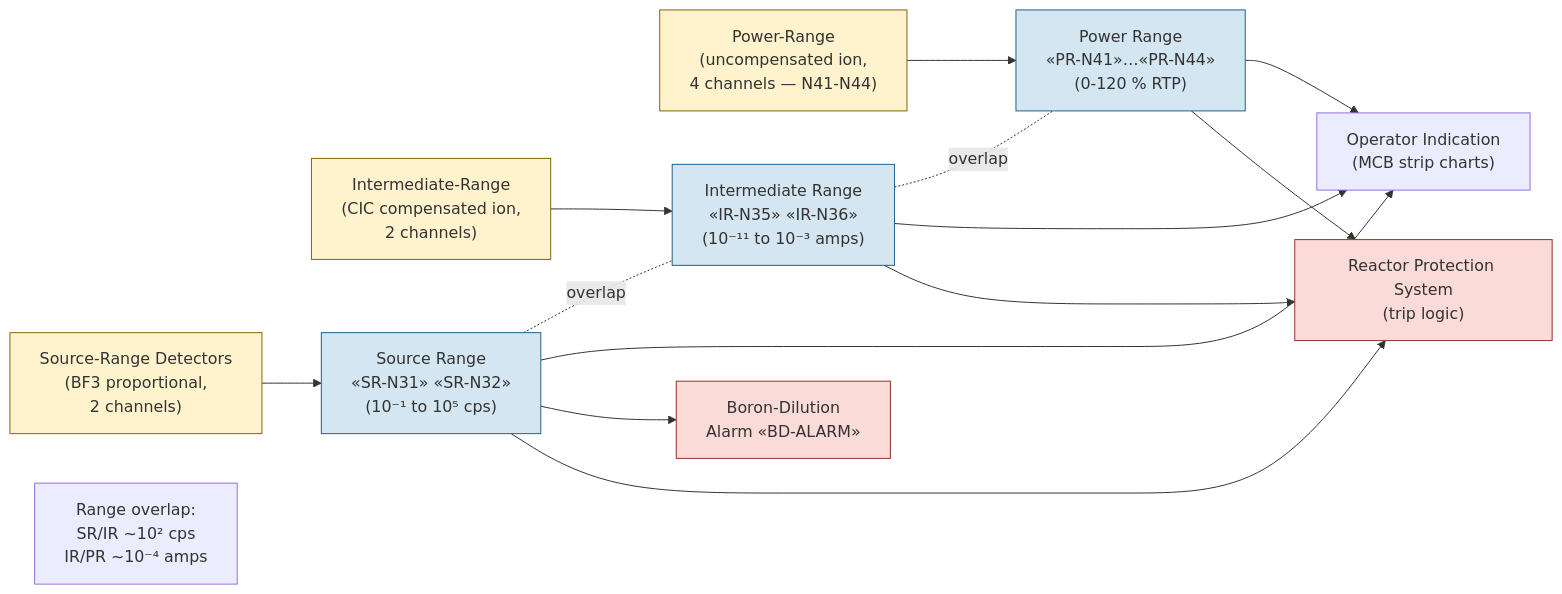
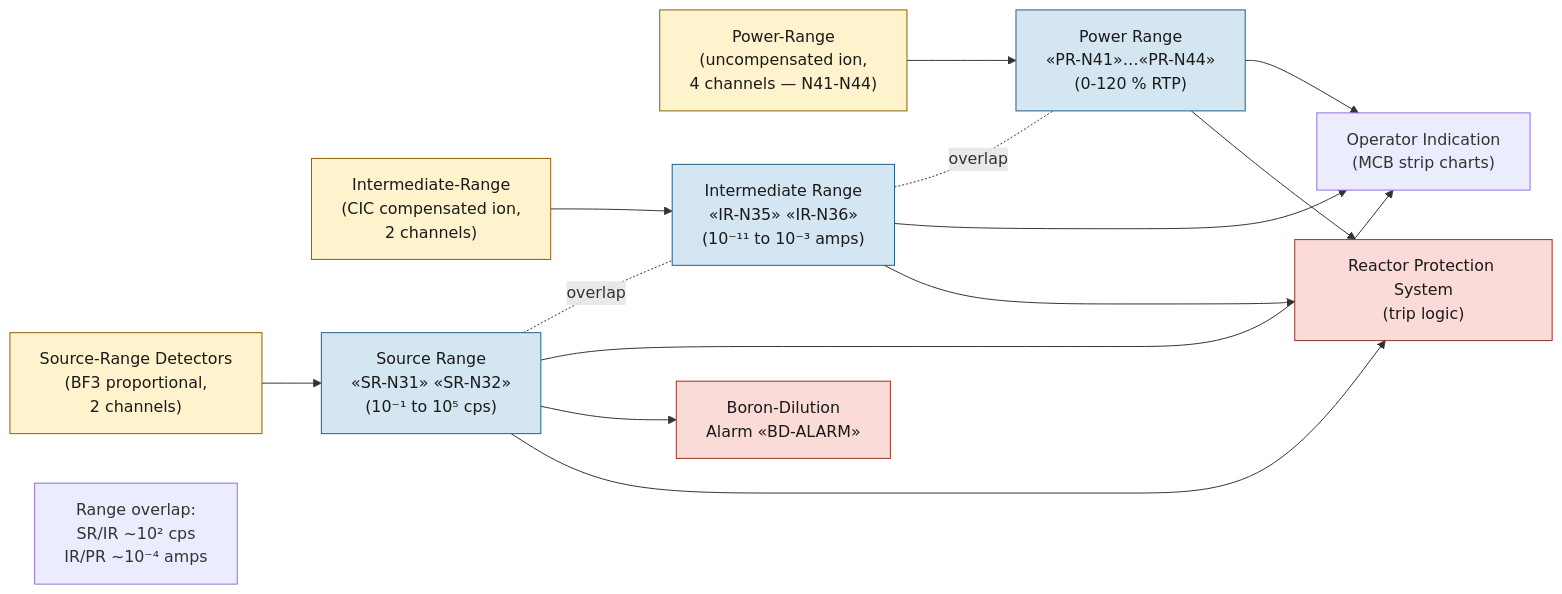
One commit to samsinn-wikis/pwr-ops changed the diagram in wiki/systems/nis.md. Above: the diagram before and after it, drawn with Mermaid. The commit also changed 11 other files, not shown here.

First line of the commit message:
fix(systems): force dark text on light-fill mermaid nodes

````diff
--- a/wiki/systems/nis.md
+++ b/wiki/systems/nis.md
@@ -29,29 +29,29 @@
 ```mermaid
 flowchart LR
     SR_DET["Source-Range Detectors<br/>(BF3 proportional,<br/>2 channels)"]
     IR_DET["Intermediate-Range<br/>(CIC compensated ion,<br/>2 channels)"]
     PR_DET["Power-Range<br/>(uncompensated ion,<br/>4 channels — N41-N44)"]
     SR_DRAW["Source Range<br/>«SR-N31» «SR-N32»<br/>(10⁻¹ to 10⁵ cps)"]
     IR_DRAW["Intermediate Range<br/>«IR-N35» «IR-N36»<br/>(10⁻¹¹ to 10⁻³ amps)"]
     PR_DRAW["Power Range<br/>«PR-N41»…«PR-N44»<br/>(0-120 % RTP)"]
     RPS["Reactor Protection System<br/>(trip logic)"]
     BD_ALARM["Boron-Dilution<br/>Alarm «BD-ALARM»"]
     OP_IND["Operator Indication<br/>(MCB strip charts)"]
     OVERLAP["Range overlap:<br/>SR/IR ~10² cps<br/>IR/PR ~10⁻⁴ amps"]
 
     SR_DET --> SR_DRAW
     IR_DET --> IR_DRAW
     PR_DET --> PR_DRAW
     SR_DRAW & IR_DRAW & PR_DRAW --> RPS
     SR_DRAW --> BD_ALARM
     SR_DRAW & IR_DRAW & PR_DRAW --> OP_IND
     SR_DRAW -. overlap .- IR_DRAW
     IR_DRAW -. overlap .- PR_DRAW
 
-    classDef det fill:#fff3cd,stroke:#856404
-    classDef draw fill:#d4e6f1,stroke:#1f618d
-    classDef logic fill:#fadbd8,stroke:#943126
+    classDef det fill:#fff3cd,stroke:#856404,color:#1a1a1a
+    classDef draw fill:#d4e6f1,stroke:#1f618d,color:#1a1a1a
+    classDef logic fill:#fadbd8,stroke:#943126,color:#1a1a1a
     class SR_DET,IR_DET,PR_DET det
     class SR_DRAW,IR_DRAW,PR_DRAW draw
     class RPS,BD_ALARM logic
 ```
````
